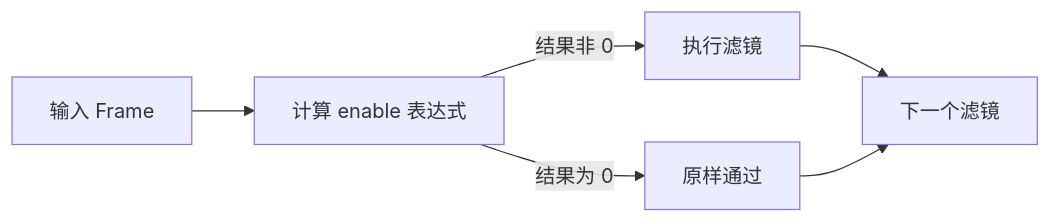
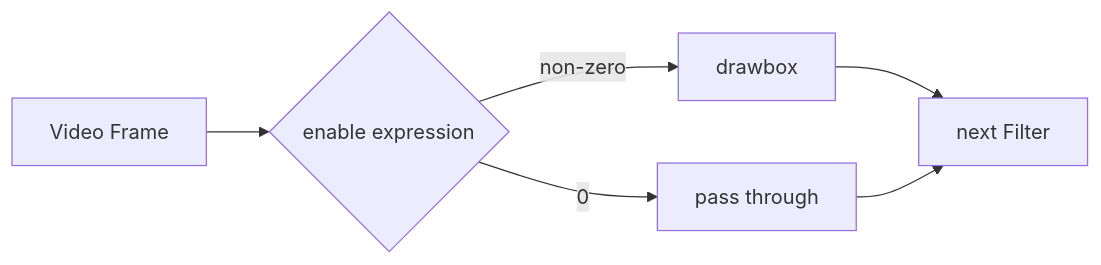
One commit to flycodeu/FlyCodeCenter changed the first of 2 diagrams in src/content/tutorial/ffmpeg/FFmpeg Filters-2.md. Above: the diagram before and after it, drawn with Mermaid. The commit also changed other lines of this file and 5 other files, not shown here.

````diff
--- a/src/content/tutorial/ffmpeg/FFmpeg Filters-2.md
+++ b/src/content/tutorial/ffmpeg/FFmpeg Filters-2.md
@@ -68,8 +56,8 @@
 ```mermaid
 flowchart LR
-  A[输入 Frame] --> B[计算 enable 表达式]
-  B -->|结果非 0| C[执行滤镜]
-  B -->|结果为 0| D[原样通过]
-  C --> E[下一个滤镜]
-  D --> E
+  F[Video Frame] --> E{enable expression}
+  E -->|non-zero| D[drawbox]
+  E -->|0| P[pass through]
+  D --> O[next Filter]
+  P --> O
 ```
````
